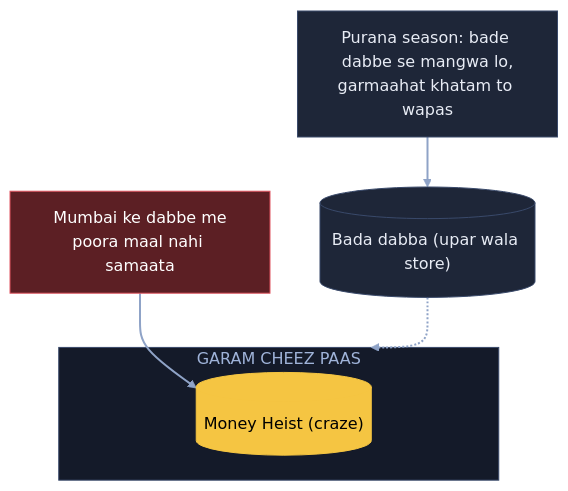
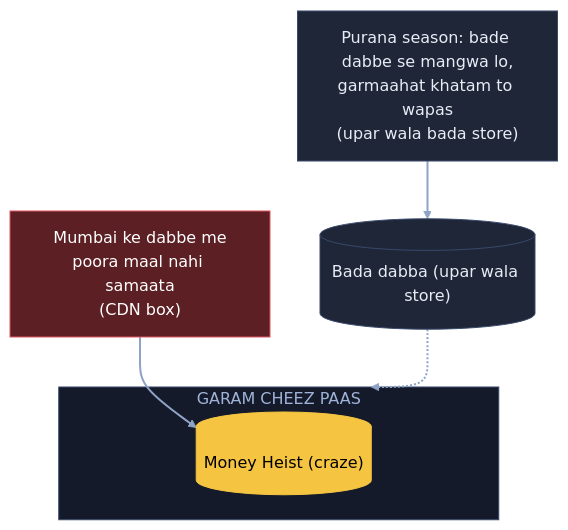
One commit to ArpanMaheshwari144/Prep changed the third of 9 diagrams in 04_HLD/SYSTEM_DESIGNS/18_netflix/18_netflix.md. Above: the diagram before and after it, drawn with Mermaid. The commit also changed other lines of this file and 22 other files, not shown here.

Commit message:
Diagram: sirf kahani ke dohraaye shabd pe bracket, us jagah notes wala matlab (207 label)

````diff
--- a/04_HLD/SYSTEM_DESIGNS/18_netflix/18_netflix.md
+++ b/04_HLD/SYSTEM_DESIGNS/18_netflix/18_netflix.md
@@ -127,18 +127,18 @@
 ```mermaid
 flowchart TB
-    X["Mumbai ke dabbe me<br/>poora maal nahi samaata"]:::bad
+    X["Mumbai ke dabbe me<br/>poora maal nahi samaata<br/>(CDN box)"]:::bad
     subgraph GP["GARAM CHEEZ PAAS"]
         G[("Money Heist (craze)")]:::pill
     end
     BD[("Bada dabba (upar wala store)")]:::card
-    T["Purana season: bade dabbe se mangwa lo,<br/>garmaahat khatam to wapas"]:::card
+    T["Purana season: bade dabbe se mangwa lo,<br/>garmaahat khatam to wapas<br/>(upar wala bada store)"]:::card
     X --> G
     T --> BD
     BD -.-> GP
     linkStyle default stroke:#8fa3c7,stroke-width:2px
     classDef card fill:#1e2638,stroke:#3a4a6b,color:#e8ecf5
     classDef pill fill:#f5c542,stroke:#f5c542,color:#000
     classDef good fill:#2e7d4f,stroke:#3fbf6f,color:#fff
     classDef bad fill:#5c1f24,stroke:#e05561,color:#fff
     style GP fill:#141a29,stroke:#3a4a6b,color:#9fb3d9
 ```
````
